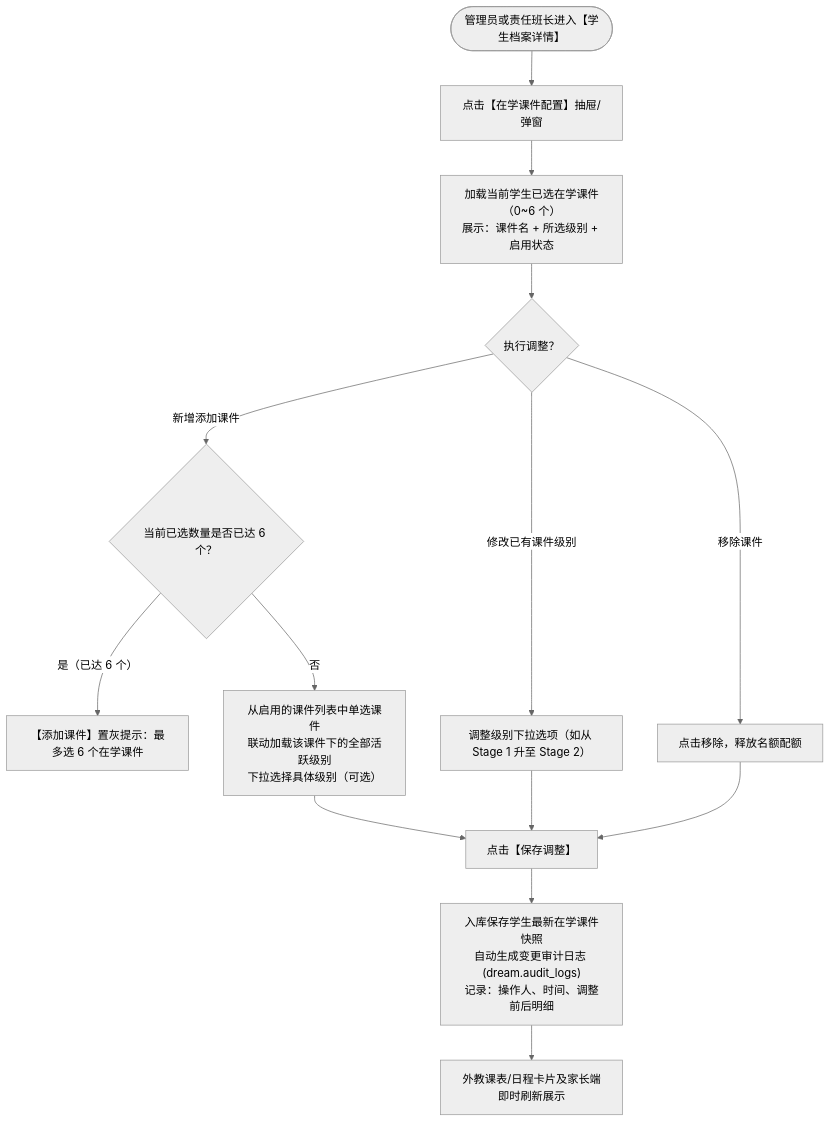
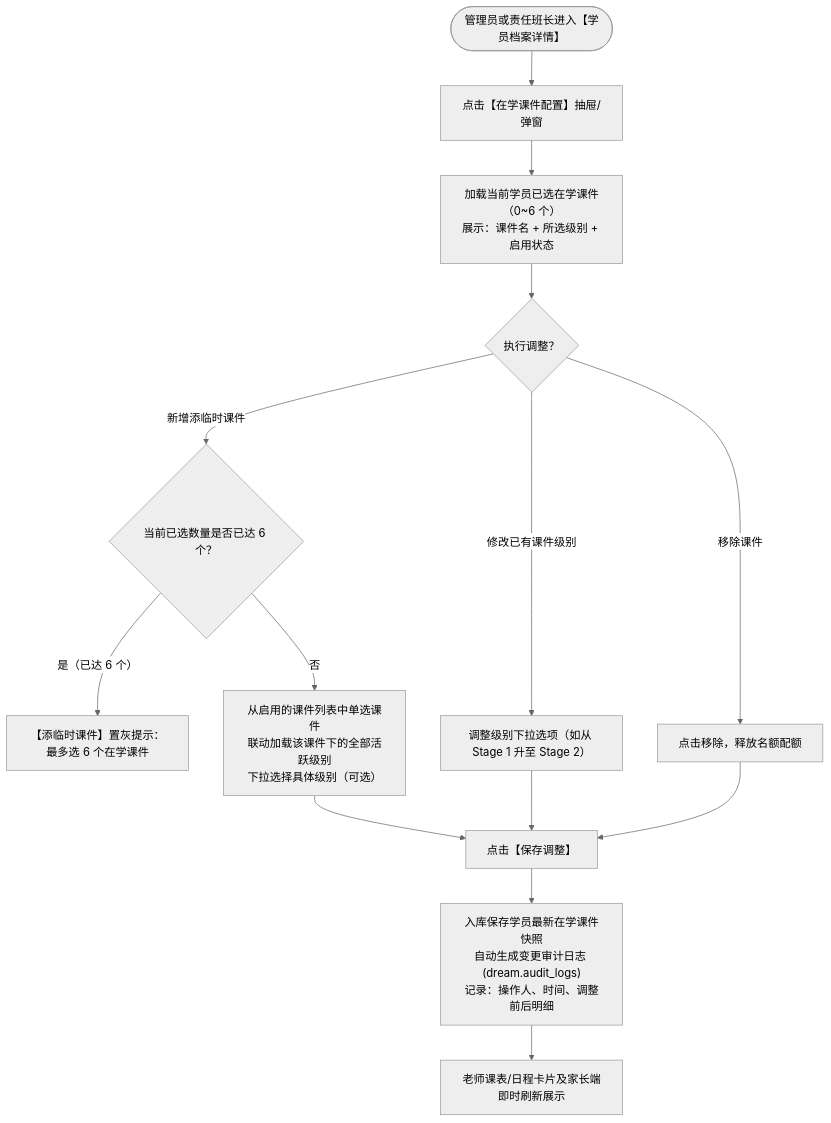
The second of 4 diagrams in docs/prd/m1e_courseware.md (Onezao/dream), drawn with Mermaid (neutral theme) before and after one commit. The commit also changed other lines of this file and 37 other files, not shown here.

````diff
--- a/docs/prd/m1e_courseware.md
+++ b/docs/prd/m1e_courseware.md
@@ -88,21 +88,21 @@
 ```mermaid
 flowchart TD
-    MonitorStart(["管理员或责任班长进入【学生档案详情】"]) --> OpenCoursewareDrawer["点击【在学课件配置】抽屉/弹窗"]
-    OpenCoursewareDrawer --> LoadActiveList["加载当前学生已选在学课件（0~6 个）<br/>展示：课件名 + 所选级别 + 启用状态"]
+    MonitorStart(["管理员或责任班长进入【学员档案详情】"]) --> OpenCoursewareDrawer["点击【在学课件配置】抽屉/弹窗"]
+    OpenCoursewareDrawer --> LoadActiveList["加载当前学员已选在学课件（0~6 个）<br/>展示：课件名 + 所选级别 + 启用状态"]
     
     LoadActiveList --> EditAction{"执行调整？"}
     
-    EditAction -->|"新增添加课件"| CheckLimit{"当前已选数量是否已达 6 个？"}
-    CheckLimit -->|"是（已达 6 个）"| DisableAdd["【添加课件】置灰提示：最多选 6 个在学课件"]
+    EditAction -->|"新增添临时课件"| CheckLimit{"当前已选数量是否已达 6 个？"}
+    CheckLimit -->|"是（已达 6 个）"| DisableAdd["【添临时课件】置灰提示：最多选 6 个在学课件"]
     CheckLimit -->|"否"| SelectCourseware["从启用的课件列表中单选课件<br/>联动加载该课件下的全部活跃级别<br/>下拉选择具体级别（可选）"]
     
     EditAction -->|"修改已有课件级别"| ChangeLevel["调整级别下拉选项（如从 Stage 1 升至 Stage 2）"]
     EditAction -->|"移除课件"| RemoveItem["点击移除，释放名额配额"]
     
     SelectCourseware --> ConfirmSave["点击【保存调整】"]
     ChangeLevel --> ConfirmSave
     RemoveItem --> ConfirmSave
     
-    ConfirmSave --> SaveAuditLog["入库保存学生最新在学课件快照<br/>自动生成变更审计日志 (dream.audit_logs)<br/>记录：操作人、时间、调整前后明细"]
-    SaveAuditLog --> BroadcastUpdate["外教课表/日程卡片及家长端即时刷新展示"]
+    ConfirmSave --> SaveAuditLog["入库保存学员最新在学课件快照<br/>自动生成变更审计日志 (dream.audit_logs)<br/>记录：操作人、时间、调整前后明细"]
+    SaveAuditLog --> BroadcastUpdate["老师课表/日程卡片及家长端即时刷新展示"]
 ```
````
